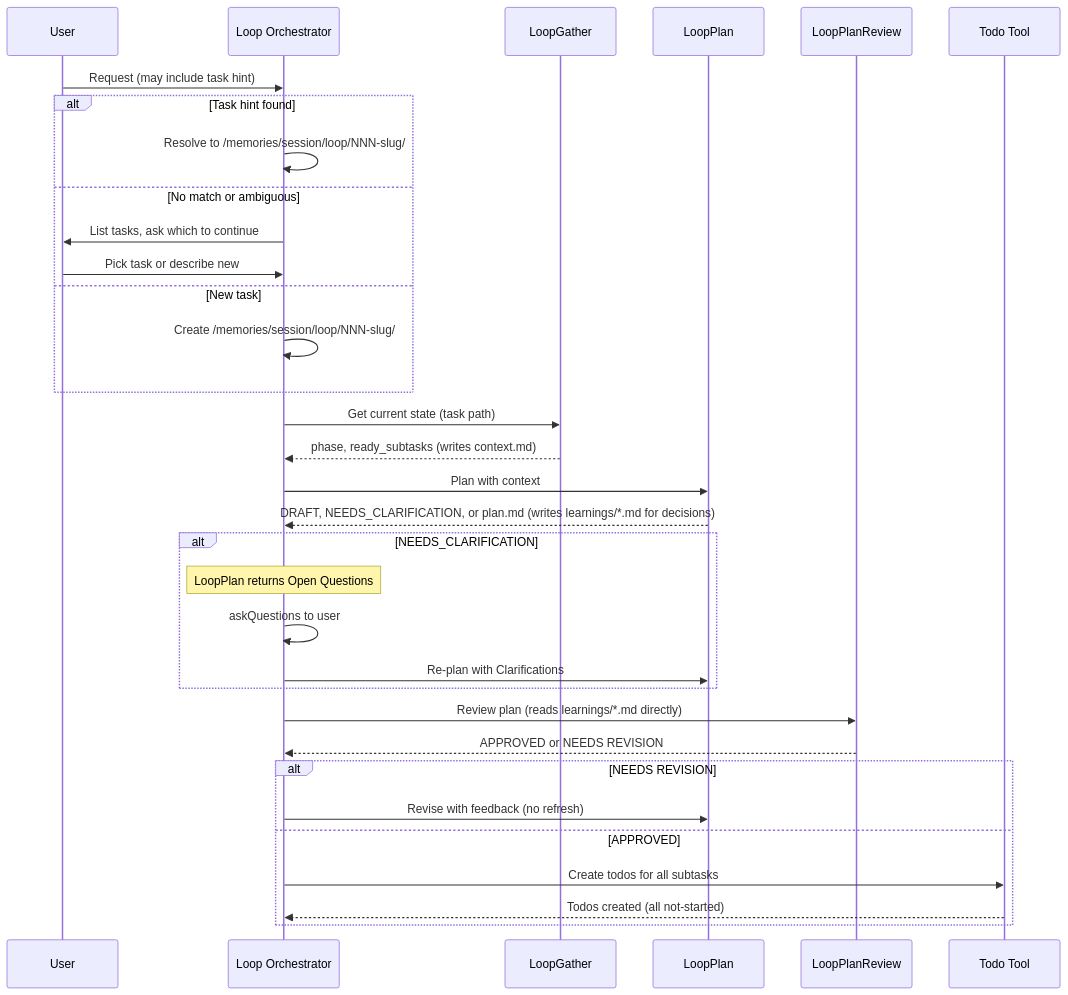
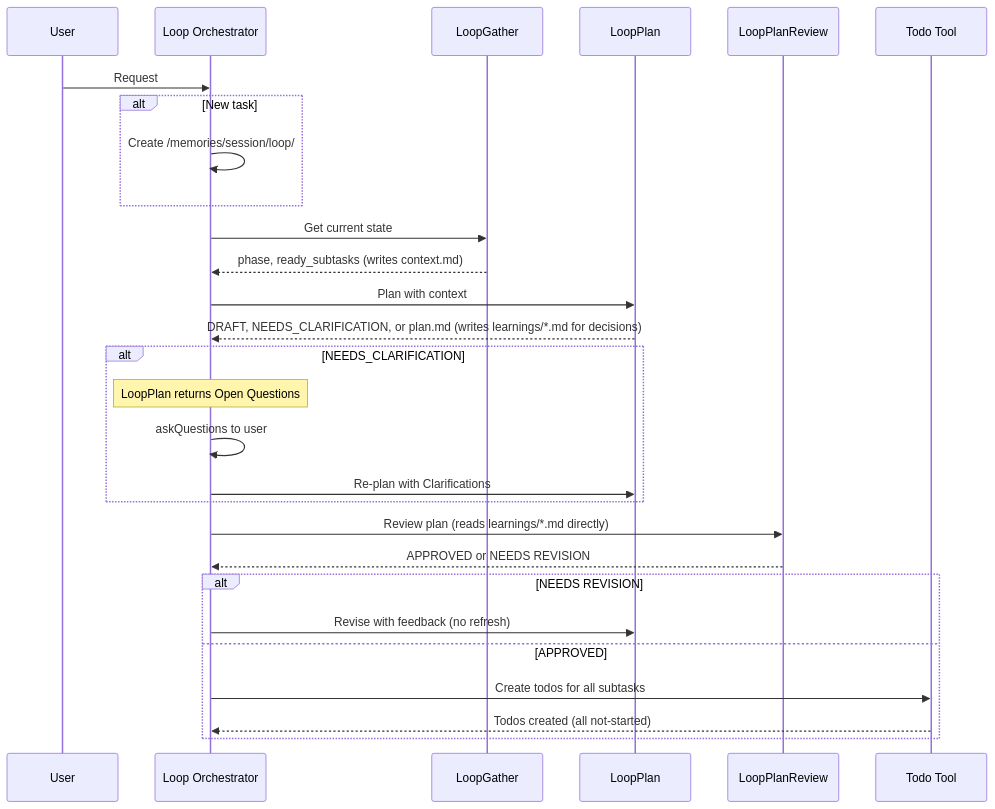
The second of 4 diagrams in README.md (digitarald/loop-agent), drawn with Mermaid before and after one commit. The commit also changed other lines of this file and 10 other files, not shown here.

````diff
--- a/README.md
+++ b/README.md
@@ -113,42 +98,37 @@
 ```mermaid
 sequenceDiagram
     participant User
     participant Orch as Loop Orchestrator
     participant LoopGather
     participant LoopPlan
     participant LoopPlanReview
     participant Todo as Todo Tool
     
-    User->>Orch: Request (may include task hint)
+    User->>Orch: Request
     
-    alt Task hint found
-        Orch->>Orch: Resolve to /memories/session/loop/NNN-slug/
-    else No match or ambiguous
-        Orch->>User: List tasks, ask which to continue
-        User->>Orch: Pick task or describe new
-    else New task
-        Orch->>Orch: Create /memories/session/loop/NNN-slug/
+    alt New task
+        Orch->>Orch: Create /memories/session/loop/
     end
     
-    Orch->>LoopGather: Get current state (task path)
+    Orch->>LoopGather: Get current state
     LoopGather-->>Orch: phase, ready_subtasks (writes context.md)
     
     Orch->>LoopPlan: Plan with context
     LoopPlan-->>Orch: DRAFT, NEEDS_CLARIFICATION, or plan.md (writes learnings/*.md for decisions)
     
     alt NEEDS_CLARIFICATION
         Note over Orch: LoopPlan returns Open Questions
         Orch->>Orch: askQuestions to user
         Orch->>LoopPlan: Re-plan with Clarifications
     end
     
     Orch->>LoopPlanReview: Review plan (reads learnings/*.md directly)
     LoopPlanReview-->>Orch: APPROVED or NEEDS REVISION
     
     alt NEEDS REVISION
         Orch->>LoopPlan: Revise with feedback (no refresh)
     else APPROVED
         Orch->>Todo: Create todos for all subtasks
         Todo-->>Orch: Todos created (all not-started)
     end
 ```
````
